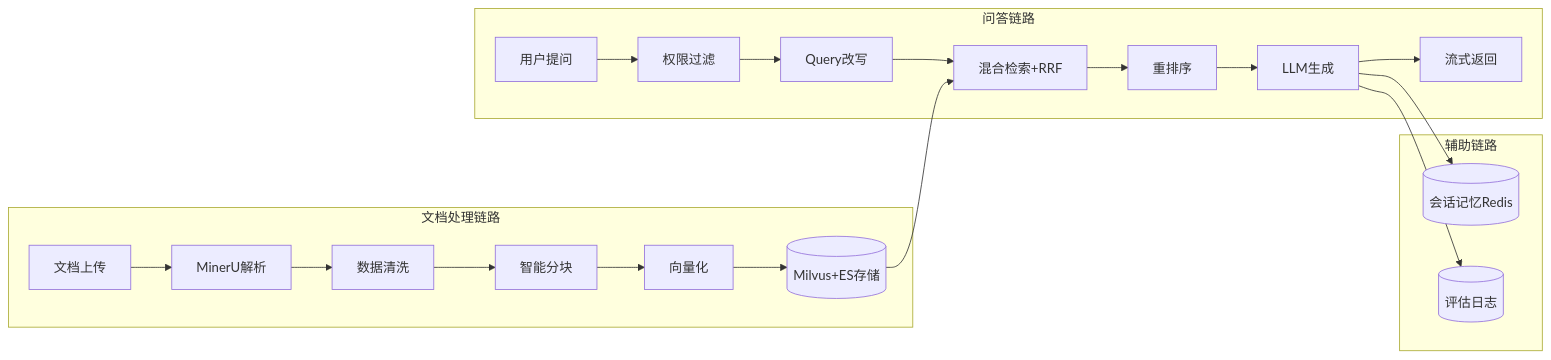
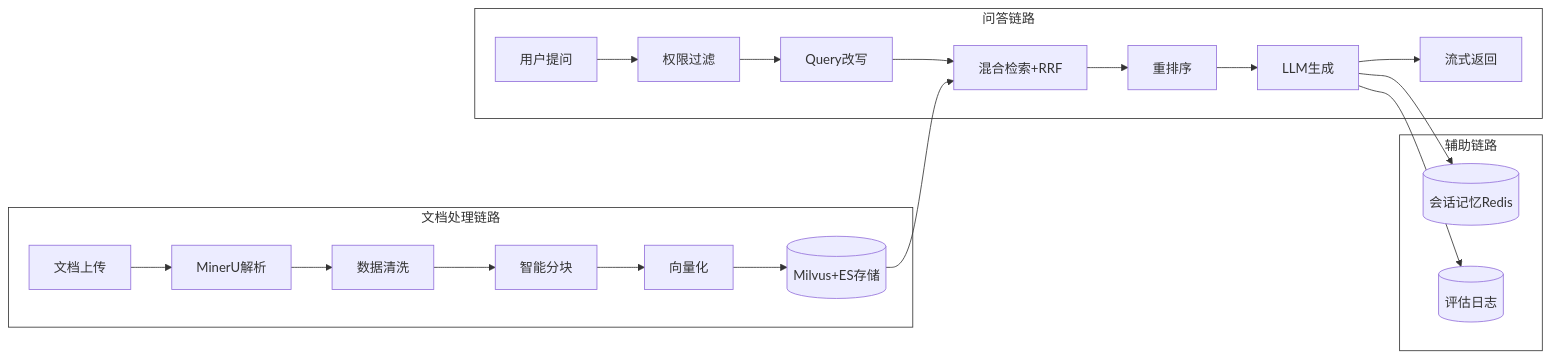
Before and after one commit to honglanjingyu/PaperReadingRAG: the fifth of 6 diagrams in README.md, drawn with Mermaid. The commit also changed other lines of this file and 28 other files, not shown here.

````diff
--- a/README.md
+++ b/README.md
@@ -82,26 +108,31 @@
 ```mermaid
 graph LR
     subgraph DocFlow[文档处理链路]
         UP[文档上传] --> MU[MinerU解析]
         MU --> CL[数据清洗]
         CL --> CH[智能分块]
         CH --> EM[向量化]
         EM --> DB[(Milvus+ES存储)]
     end
 
     subgraph QaFlow[问答链路]
         Q[用户提问] --> PF[权限过滤]
         PF --> QW[Query改写]
         QW --> HR[混合检索+RRF]
         HR --> RR[重排序]
         RR --> LLM[LLM生成]
         LLM --> OUT[流式返回]
     end
 
     subgraph AuxFlow[辅助链路]
         LLM --> MEM[(会话记忆Redis)]
         LLM --> EVAL[(评估日志)]
     end
 
     DB --> HR
+
+    %% 去除 subgraph 的黄色背景
+    style DocFlow fill:#FFFFFF,stroke:#333,stroke-width:1px
+    style QaFlow fill:#FFFFFF,stroke:#333,stroke-width:1px
+    style AuxFlow fill:#FFFFFF,stroke:#333,stroke-width:1px
 ```
````
